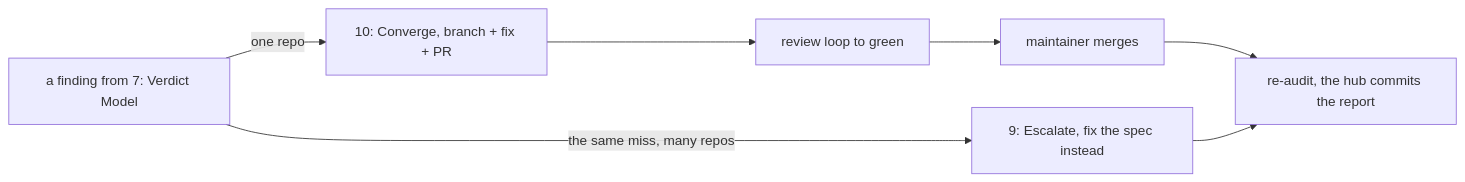
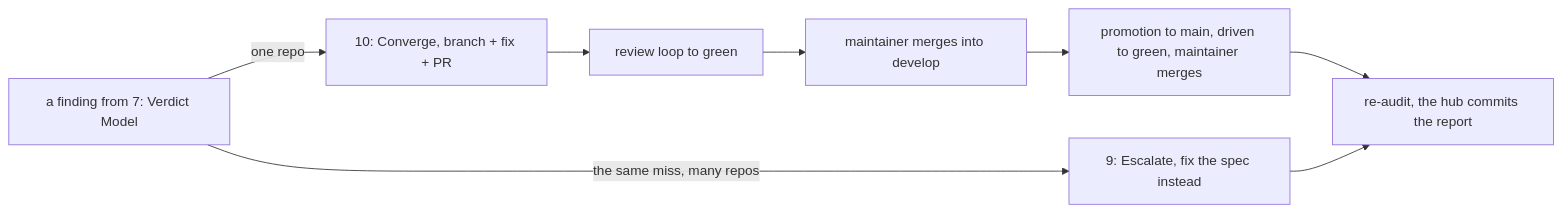
The second of 2 diagrams in AUDIT.md (ptr727/ProjectTemplate), drawn with Mermaid before and after one commit. The commit also changed other lines of this file and 9 other files, not shown here.

First line of the commit message:
Open the Promotion Once the Fix Merges, and Name the Agent as Confirming

````diff
--- a/AUDIT.md
+++ b/AUDIT.md
@@ -223,9 +223,10 @@
 ```mermaid
 flowchart LR
   finding["a finding from 7: Verdict Model"] -->|"the same miss, many repos"| s9["9: Escalate, fix the spec instead"]
   finding -->|"one repo"| s10["10: Converge, branch + fix + PR"]
   s10 --> review["review loop to green"]
-  review --> merge["maintainer merges"]
-  merge --> reaudit["re-audit, the hub commits the report"]
+  review --> merge["maintainer merges into develop"]
+  merge --> promote["promotion to main, driven to green, maintainer merges"]
+  promote --> reaudit["re-audit, the hub commits the report"]
   s9 --> reaudit
 ```
````
